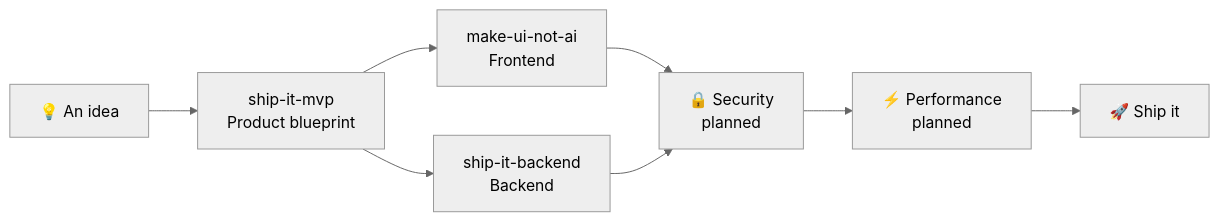
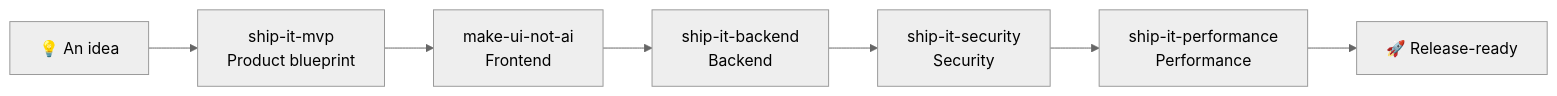
One commit to nanfei892/ship-it-skills changed the diagram in README.en.md. Above: the diagram before and after it, drawn with Mermaid (neutral theme). The commit also changed other lines of this file and 5 other files, not shown here.

````diff
--- a/README.en.md
+++ b/README.en.md
@@ -54,10 +69,9 @@
 ```mermaid
 flowchart LR
     A[💡 An idea] --> B[ship-it-mvp<br/>Product blueprint]
     B --> C[make-ui-not-ai<br/>Frontend]
-    B --> D[ship-it-backend<br/>Backend]
-    C --> E[🔒 Security<br/>planned]
-    D --> E
-    E --> F[⚡ Performance<br/>planned]
-    F --> G[🚀 Ship it]
+    C --> D[ship-it-backend<br/>Backend]
+    D --> E[ship-it-security<br/>Security]
+    E --> F[ship-it-performance<br/>Performance]
+    F --> G[🚀 Release-ready]
 ```
````
